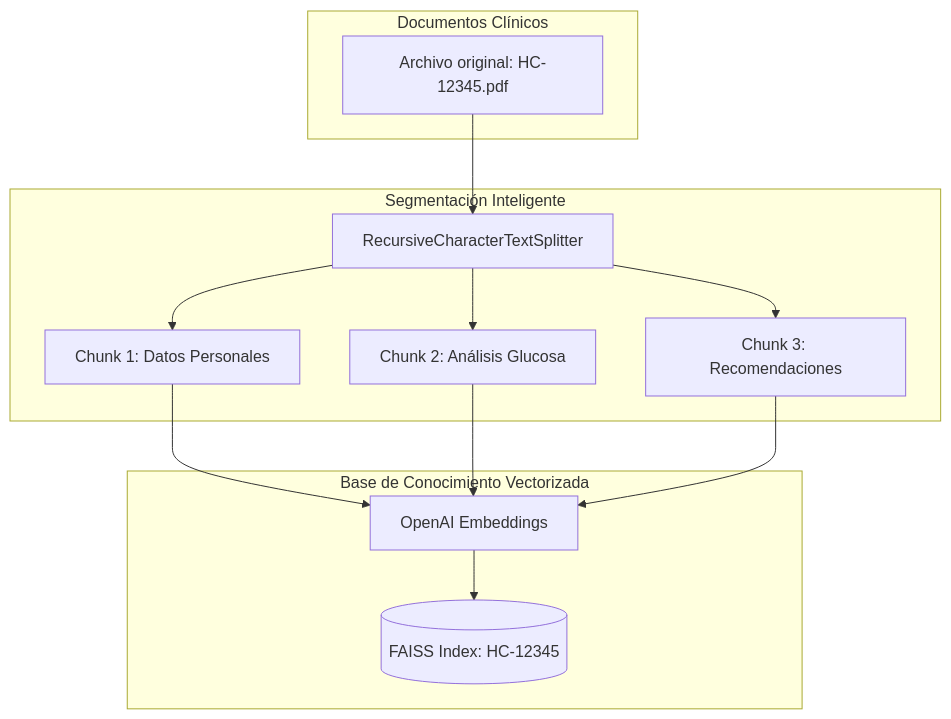
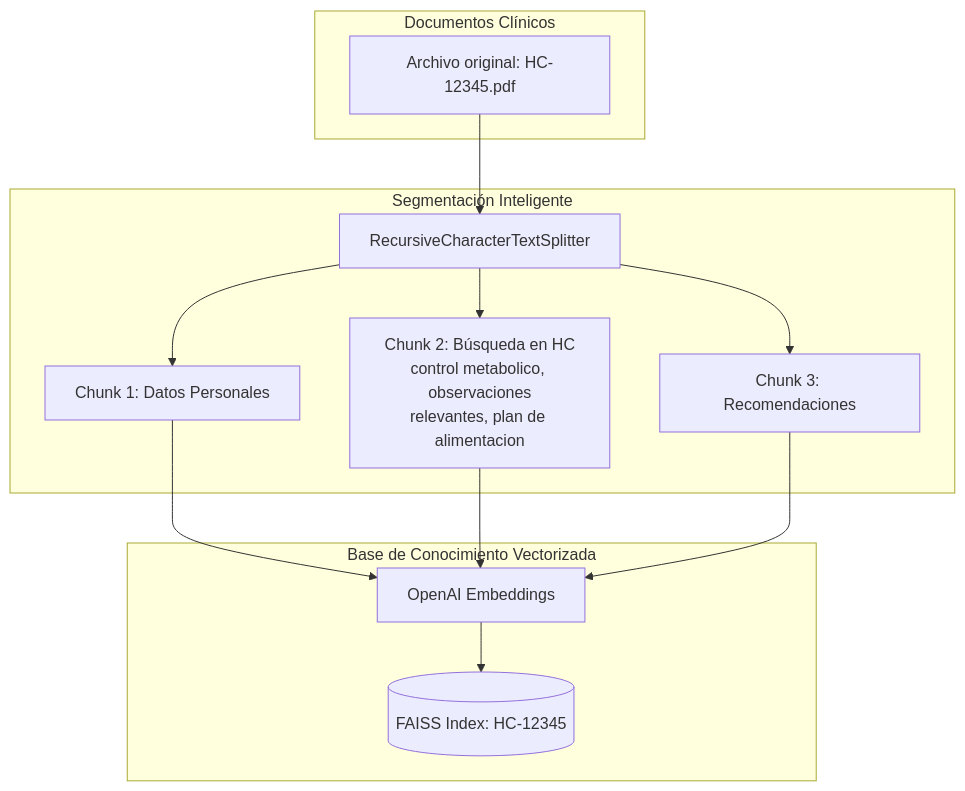
The second of 7 diagrams in README.md (devhadson/Project-Agentic-AI-SMAI), drawn with Mermaid before and after one commit. The commit also changed other lines of this file and 1 other file, not shown here.

````diff
--- a/README.md
+++ b/README.md
@@ -96,27 +101,27 @@
 ```mermaid
 graph TD
     subgraph Docs [Documentos Clínicos]
         PDF[Archivo original: HC-12345.pdf]
     end
 
     subgraph Splitter [Segmentación Inteligente]
         REC[RecursiveCharacterTextSplitter]
         CH1[Chunk 1: Datos Personales]
-        CH2[Chunk 2: Análisis Glucosa]
+        CH2[Chunk 2: Búsqueda en HC<br>control metabolico, observaciones<br>relevantes, plan de alimentacion ]
         CH3[Chunk 3: Recomendaciones]
     end
 
     subgraph Knowledge [Base de Conocimiento Vectorizada]
         EMB[OpenAI Embeddings]
         FAISS[(FAISS Index: HC-12345)]
     end
 
     PDF --> REC
     REC --> CH1
     REC --> CH2
     REC --> CH3
     CH1 & CH2 & CH3 --> EMB
     EMB --> FAISS
 
 
 ```
````
